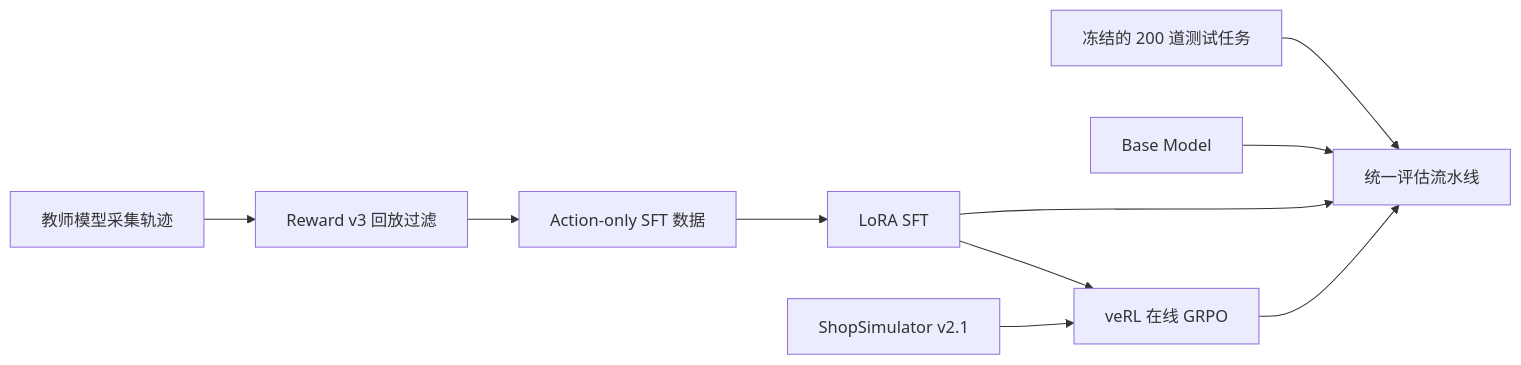
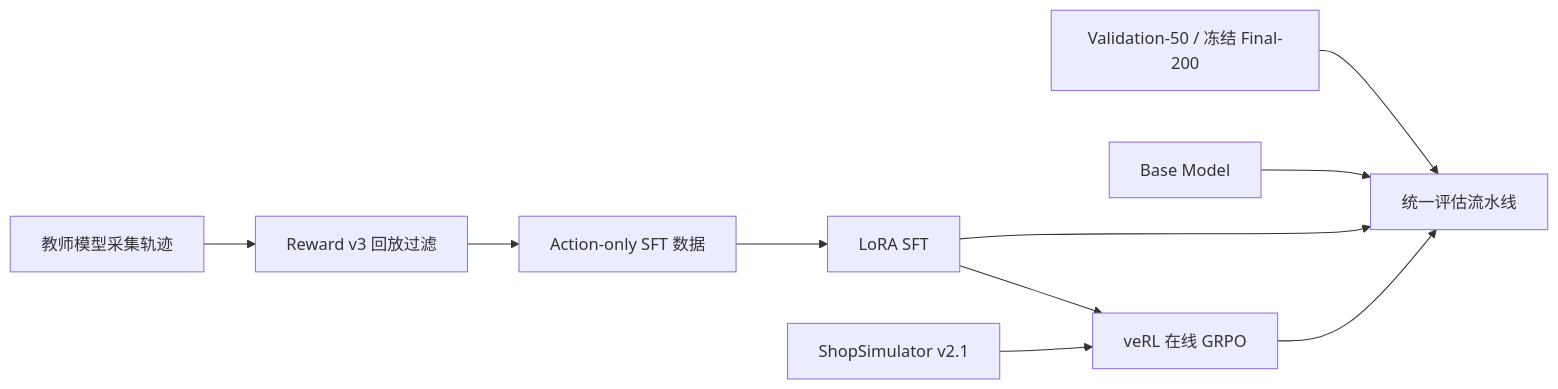
One commit to 19803118392/shopping-grpo-longhorizon changed the first of 2 diagrams in README.md. Above: the diagram before and after it, drawn with Mermaid. The commit also changed other lines of this file and 68 other files, not shown here.

````diff
--- a/README.md
+++ b/README.md
@@ -52,12 +86,12 @@
 ```mermaid
 flowchart LR
     A[教师模型采集轨迹] --> B[Reward v3 回放过滤]
     B --> C[Action-only SFT 数据]
     C --> D[LoRA SFT]
     D --> E[veRL 在线 GRPO]
     F[ShopSimulator v2.1] --> E
-    G[冻结的 200 道测试任务] --> H[统一评估流水线]
+    G[Validation-50 / 冻结 Final-200] --> H[统一评估流水线]
     I[Base Model] --> H
     D --> H
     E --> H
 ```
````
